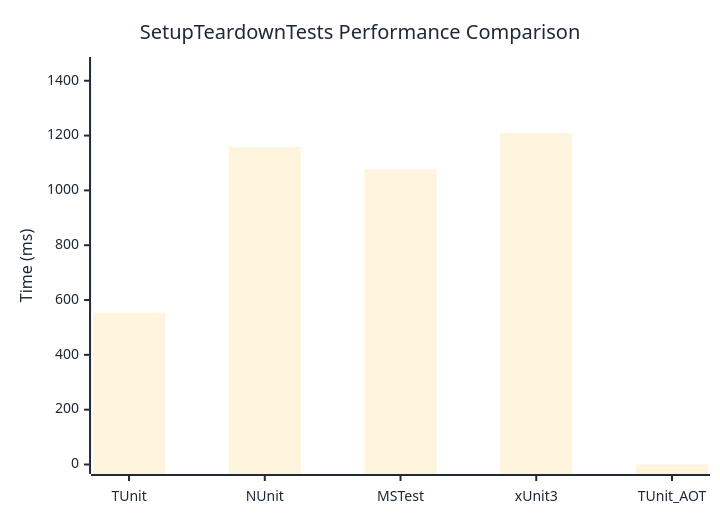
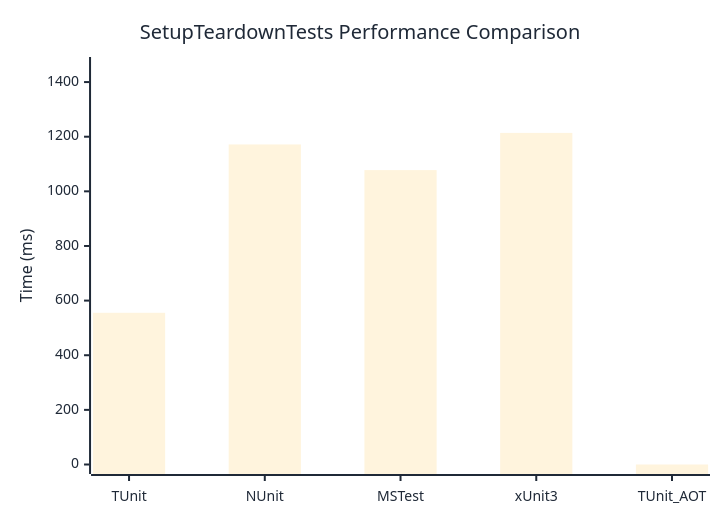
One commit to thomhurst/TUnit changed the diagram in docs/docs/benchmarks/SetupTeardownTests.md. Above: the diagram before and after it, drawn with Mermaid. The commit also changed other lines of this file and 17 other files, not shown here.

````diff
--- a/docs/docs/benchmarks/SetupTeardownTests.md
+++ b/docs/docs/benchmarks/SetupTeardownTests.md
@@ -27,37 +27,37 @@
 ```mermaid
 %%{init: {
   'theme':'base',
   'themeVariables': {
     'primaryColor': '#2563eb',
     'primaryTextColor': '#1f2937',
     'primaryBorderColor': '#1e40af',
     'lineColor': '#6b7280',
     'secondaryColor': '#7c3aed',
     'tertiaryColor': '#dc2626',
     'background': '#ffffff',
     'mainBkg': '#2563eb',
     'secondBkg': '#7c3aed',
     'tertiaryBkg': '#dc2626',
     'clusterBkg': '#f3f4f6',
     'edgeLabelBackground': '#ffffff',
     'tertiaryTextColor': '#1f2937',
     'pie1': '#2563eb',
     'pie2': '#7c3aed',
     'pie3': '#dc2626',
     'pie4': '#f59e0b',
     'pie5': '#10b981',
     'pie6': '#06b6d4',
     'pie7': '#ec4899',
     'pie8': '#6366f1',
     'pie9': '#84cc16',
     'pie10': '#f97316',
     'pie11': '#14b8a6',
     'pie12': '#a855f7'
   }
 }}%%
 xychart-beta
   title "SetupTeardownTests Performance Comparison"
   x-axis ["TUnit", "NUnit", "MSTest", "xUnit3", "TUnit_AOT"]
-  y-axis "Time (ms)" 0 --> 1452
-  bar [554.1, 1158.2, 1077.2, 1209.4, 0]
+  y-axis "Time (ms)" 0 --> 1457
+  bar [555.4, 1171.7, 1077.7, 1213.9, 0]
 ```
````
